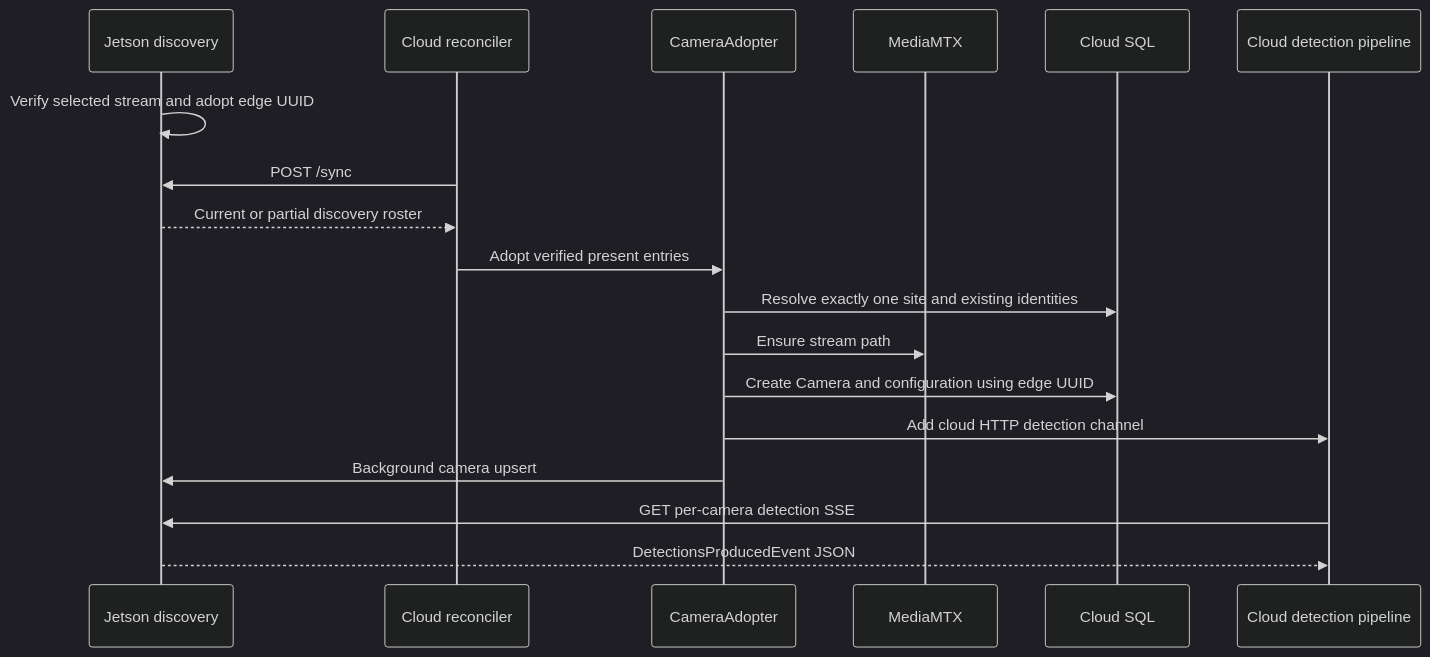
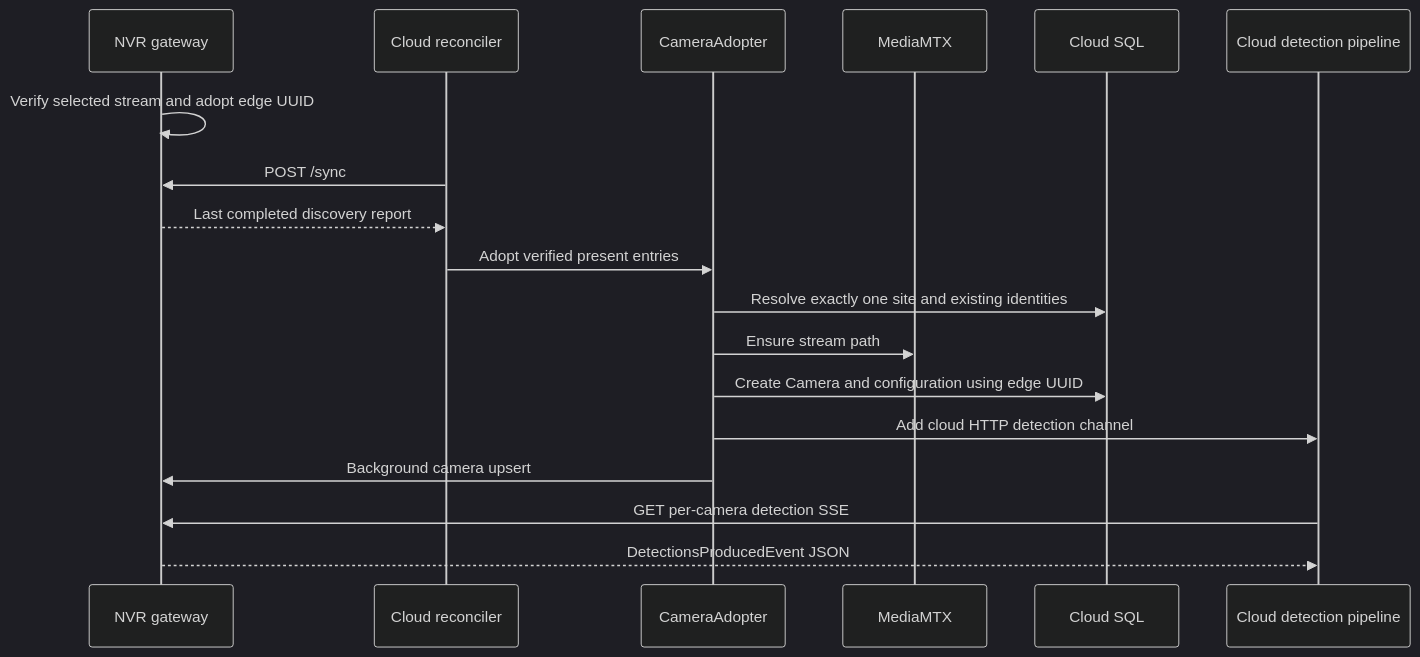
The diagram in tensort/doc/05_CLOUD_PIPELINE.md (peshalnepal/1886NOENTRYBACKEND), drawn with Mermaid (dark theme) before and after one commit. The commit also changed other lines of this file and 51 other files, not shown here.

First line of the commit message:
refactor: centralize discovery in NVR and update tower deployment

````diff
--- a/tensort/doc/05_CLOUD_PIPELINE.md
+++ b/tensort/doc/05_CLOUD_PIPELINE.md
@@ -7,20 +7,20 @@
 ```mermaid
 sequenceDiagram
-    participant J as Jetson discovery
+    participant J as NVR gateway
     participant C as Cloud reconciler
     participant A as CameraAdopter
     participant M as MediaMTX
     participant D as Cloud SQL
     participant P as Cloud detection pipeline
     J->>J: Verify selected stream and adopt edge UUID
     C->>J: POST /sync
-    J-->>C: Current or partial discovery roster
+    J-->>C: Last completed discovery report
     C->>A: Adopt verified present entries
     A->>D: Resolve exactly one site and existing identities
     A->>M: Ensure stream path
     A->>D: Create Camera and configuration using edge UUID
     A->>P: Add cloud HTTP detection channel
     A->>J: Background camera upsert
     P->>J: GET per-camera detection SSE
     J-->>P: DetectionsProducedEvent JSON
 ```
````
